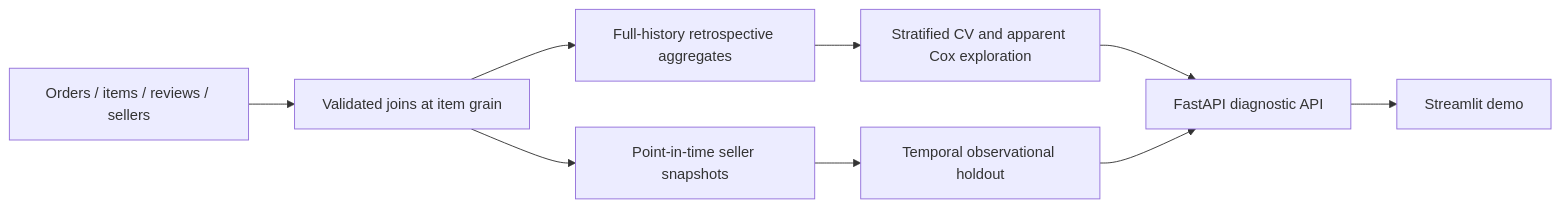
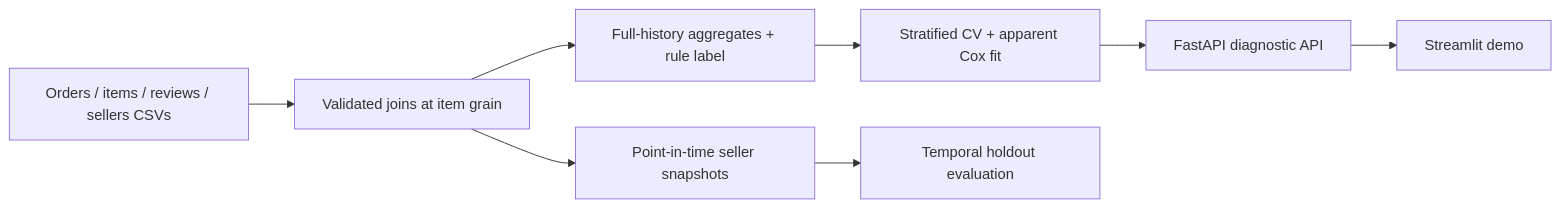
Before and after one commit to sachin2967/seller-quality-intelligence: the diagram in README.md, drawn with Mermaid. The commit also changed other lines of this file and 3 other files, not shown here.

First line of the commit message:
docs: professional README, architecture, model card and Makefile

````diff
--- a/README.md
+++ b/README.md
@@ -37,11 +62,10 @@
 ```mermaid
 flowchart LR
-    A[Orders / items / reviews / sellers] --> B[Validated joins at item grain]
-    B --> C[Full-history retrospective aggregates]
+    A[Orders / items / reviews / sellers CSVs] --> B[Validated joins at item grain]
+    B --> C[Full-history aggregates + rule label]
     B --> T[Point-in-time seller snapshots]
-    C --> D[Stratified CV and apparent Cox exploration]
-    T --> V[Temporal observational holdout]
+    C --> D[Stratified CV + apparent Cox fit]
+    T --> V[Temporal holdout evaluation]
     D --> F[FastAPI diagnostic API]
-    V --> F
     F --> G[Streamlit demo]
 ```
````
